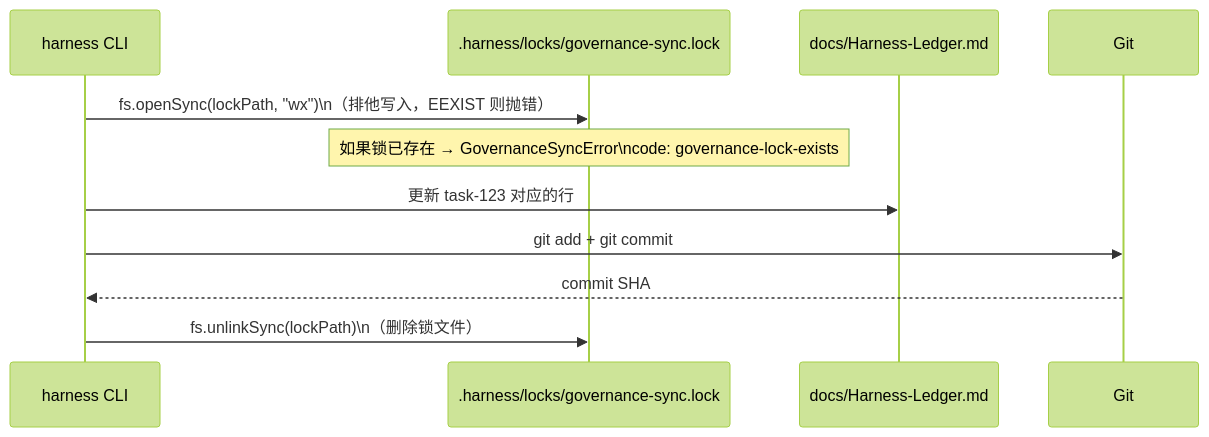
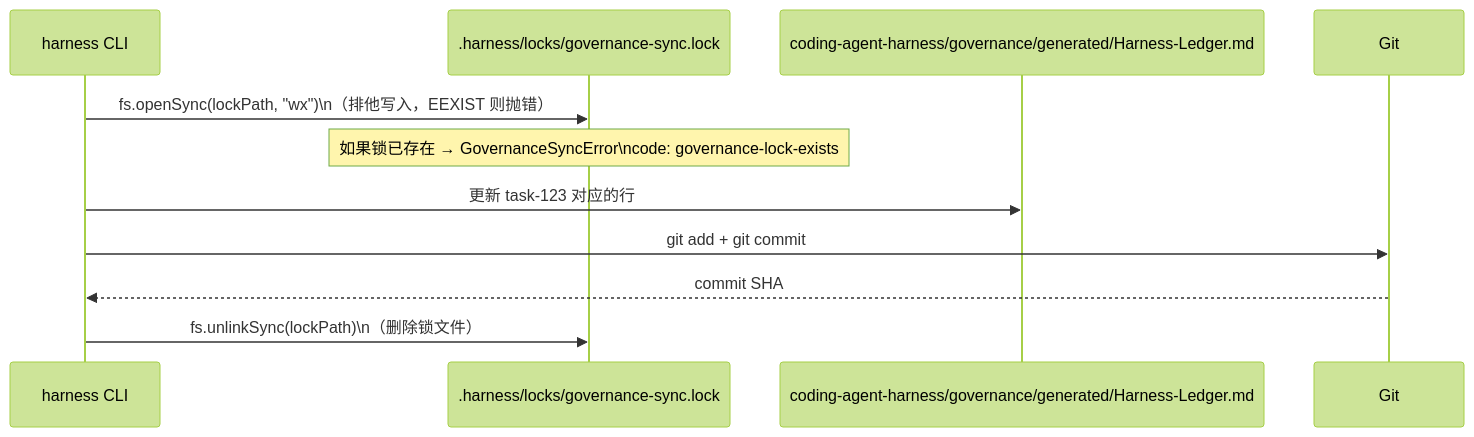
The sixth of 6 diagrams in docs-release/architecture/system-explainer/03-task-lifecycle.md (FairladyZ625/coding-agent-harness), drawn with Mermaid (forest theme) before and after one commit. The commit also changed other lines of this file and 120 other files, not shown here.

````diff
--- a/docs-release/architecture/system-explainer/03-task-lifecycle.md
+++ b/docs-release/architecture/system-explainer/03-task-lifecycle.md
@@ -196,14 +196,14 @@
 ```mermaid
 sequenceDiagram
   participant CLI as harness CLI
   participant Lock as .harness/locks/governance-sync.lock
-  participant Ledger as docs/Harness-Ledger.md
+  participant Ledger as coding-agent-harness/governance/generated/Harness-Ledger.md
   participant Git
 
   CLI->>Lock: fs.openSync(lockPath, "wx")\n（排他写入，EEXIST 则抛错）
   Note over Lock: 如果锁已存在 → GovernanceSyncError\ncode: governance-lock-exists
   CLI->>Ledger: 更新 task-123 对应的行
   CLI->>Git: git add + git commit
   Git-->>CLI: commit SHA
   CLI->>Lock: fs.unlinkSync(lockPath)\n（删除锁文件）
 ```
````
